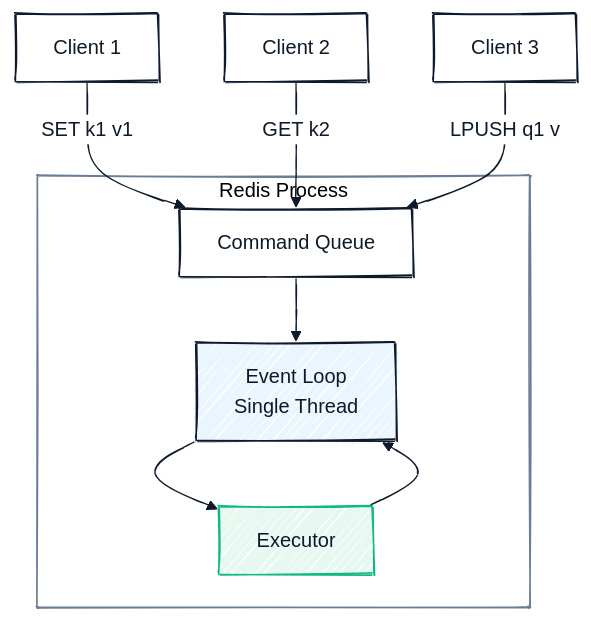
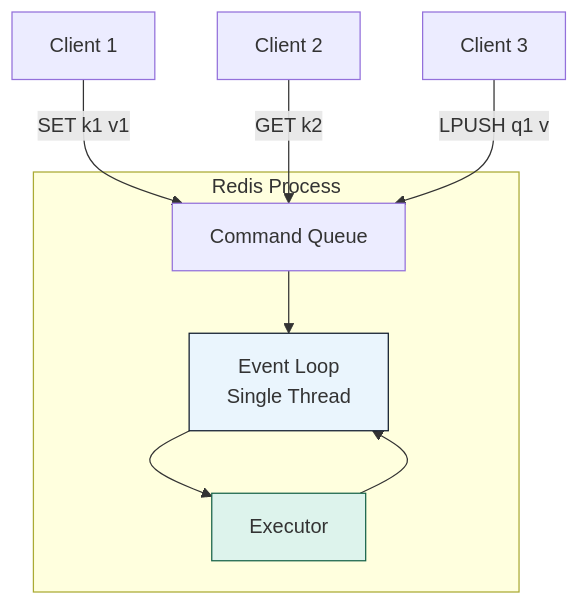
The second of 13 diagrams in LLD/CoreConcepts/Redis.md (cartmancodes/InterviewVault), drawn with Mermaid before and after one commit. The commit also changed other lines of this file and 679 other files, not shown here.

Commit message:
Unify content diagrams and add accessible visual walkthroughs

````diff
--- a/LLD/CoreConcepts/Redis.md
+++ b/LLD/CoreConcepts/Redis.md
@@ -98,33 +84,19 @@
 ```mermaid
----
-config:
-  look: handDrawn
-  handDrawnSeed: 7
-  theme: base
-  themeVariables:
-    primaryColor: "#FFFFFF"
-    primaryBorderColor: "#0E1A2B"
-    primaryTextColor: "#0E1A2B"
-    lineColor: "#0E1A2B"
-    clusterBkg: "#FFFFFF"
-    clusterBorder: "#6B7C96"
-    edgeLabelBackground: "#FFFFFF"
----
 graph TB
     subgraph "Redis Process"
         EL[Event Loop<br/>Single Thread]
         Q[Command Queue]
         EX[Executor]
 
         Q --> EL
         EL --> EX
         EX --> EL
     end
 
     C1[Client 1] -->|SET k1 v1| Q
     C2[Client 2] -->|GET k2| Q
     C3[Client 3] -->|LPUSH q1 v| Q
 
     style EL fill:#EAF5FD,stroke:#0E1A2B
-    style EX fill:#E7F8F1,stroke:#10B981
+    style EX fill:#DDF3EC,stroke:#176349
 ```
````
